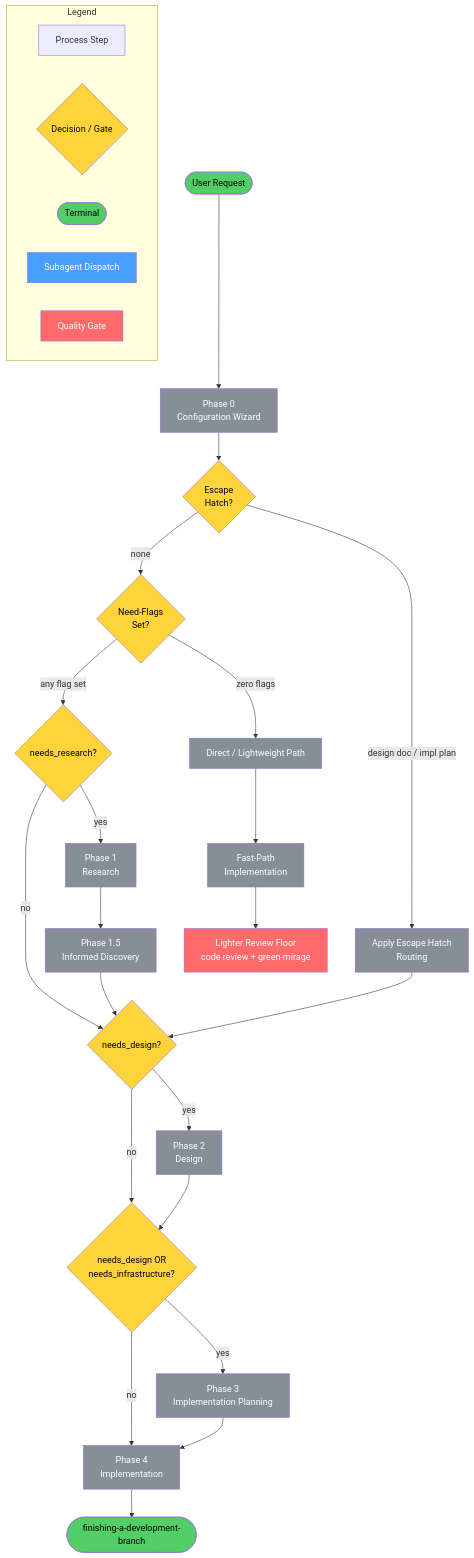
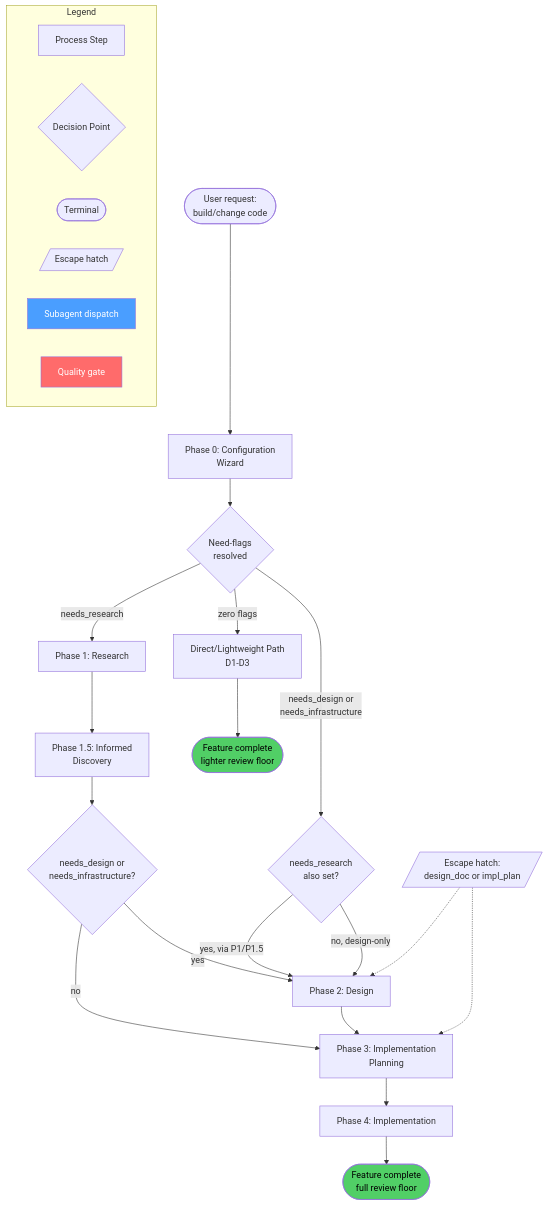
Before and after one commit to axiomantic/spellbook: the first of 7 diagrams in docs/diagrams/skills/develop.md, drawn with Mermaid. The commit also changed other lines of this file and 27 other files, not shown here.

````diff
--- a/docs/diagrams/skills/develop.md
+++ b/docs/diagrams/skills/develop.md
@@ -6,59 +8,36 @@
 ```mermaid
 flowchart TD
-    START([User Request]) --> P0[Phase 0\nConfiguration Wizard]
-    P0 --> ESCAPE{Escape\nHatch?}
-    ESCAPE -->|design doc / impl plan| EH[Apply Escape Hatch\nRouting]
-    ESCAPE -->|none| FLAGS{Need-Flags\nSet?}
-    FLAGS -->|zero flags| FAST[Direct / Lightweight Path]
-    FLAGS -->|any flag set| P1_GATE{needs_research?}
+    START([User request:<br/>build/change code]) --> P0[Phase 0: Configuration<br/>Wizard]
+    P0 --> FLAGCHECK{Need-flags<br/>resolved}
+    FLAGCHECK -->|zero flags| FASTPATH[Direct/Lightweight Path<br/>D1-D3]
+    FLAGCHECK -->|needs_research| P1[Phase 1: Research]
+    FLAGCHECK -->|needs_design or<br/>needs_infrastructure| P2GATE{needs_research<br/>also set?}
 
-    P1_GATE -->|yes| P1[Phase 1\nResearch]
-    P1_GATE -->|no| P2_GATE
+    P1 --> P15[Phase 1.5: Informed<br/>Discovery]
+    P15 --> DESIGNCHECK{needs_design or<br/>needs_infrastructure?}
+    DESIGNCHECK -->|yes| P2[Phase 2: Design]
+    DESIGNCHECK -->|no| P3[Phase 3: Implementation<br/>Planning]
+    P2GATE -->|yes, via P1/P1.5| P2
+    P2GATE -->|no, design-only| P2
 
-    P1 --> P15[Phase 1.5\nInformed Discovery]
-    P15 --> P2_GATE{needs_design?}
+    P2 --> P3
+    P3 --> P4[Phase 4: Implementation]
+    FASTPATH --> DONE_F([Feature complete<br/>lighter review floor])
+    P4 --> DONE([Feature complete<br/>full review floor])
 
-    P2_GATE -->|yes| P2[Phase 2\nDesign]
-    P2_GATE -->|no| P3_GATE
+    ESCAPE[/Escape hatch:<br/>design_doc or impl_plan/] -.-> P2
+    ESCAPE -.-> P3
 
-    EH --> P2_GATE
-
-    P2 --> P3_GATE{needs_design OR\nneeds_infrastructure?}
-    P3_GATE -->|yes| P3[Phase 3\nImplementation Planning]
-    P3_GATE -->|no| P4
-
-    P3 --> P4[Phase 4\nImplementation]
-    FAST --> FP_IMPL[Fast-Path\nImplementation]
-    FP_IMPL --> FP_REVIEW[Lighter Review Floor\ncode review + green-mirage]
-    P4 --> FINISH([finishing-a-development-branch])
-
-    style START fill:#51cf66,color:#000
-    style FINISH fill:#51cf66,color:#000
-    style P0 fill:#868e96,color:#fff
-    style P1 fill:#868e96,color:#fff
-    style P15 fill:#868e96,color:#fff
-    style P2 fill:#868e96,color:#fff
-    style P3 fill:#868e96,color:#fff
-    style P4 fill:#868e96,color:#fff
-    style FAST fill:#868e96,color:#fff
-    style FP_IMPL fill:#868e96,color:#fff
-    style ESCAPE fill:#ffd43b,color:#000
-    style FLAGS fill:#ffd43b,color:#000
-    style P1_GATE fill:#ffd43b,color:#000
-    style P2_GATE fill:#ffd43b,color:#000
-    style P3_GATE fill:#ffd43b,color:#000
-    style FP_REVIEW fill:#ff6b6b,color:#fff
-    style EH fill:#868e96,color:#fff
-
-    subgraph legend [Legend]
+    subgraph Legend
         L1[Process Step]
-        L2{Decision / Gate}:::gate
-        L3([Terminal]):::terminal
-        L4[Subagent Dispatch]:::subagent
-        L5[Quality Gate]:::qgate
+        L2{Decision Point}
+        L3([Terminal])
+        L4[/Escape hatch/]
+        L5[Subagent dispatch]
+        L6[Quality gate]
     end
-    classDef gate fill:#ffd43b,color:#000
-    classDef terminal fill:#51cf66,color:#000
-    classDef subagent fill:#4a9eff,color:#fff
-    classDef qgate fill:#ff6b6b,color:#fff
+    style L5 fill:#4a9eff,color:#fff
+    style L6 fill:#ff6b6b,color:#fff
+    style DONE fill:#51cf66,color:#000
+    style DONE_F fill:#51cf66,color:#000
 ```
````
